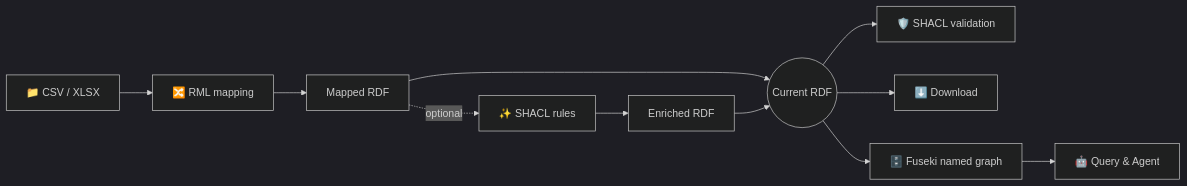
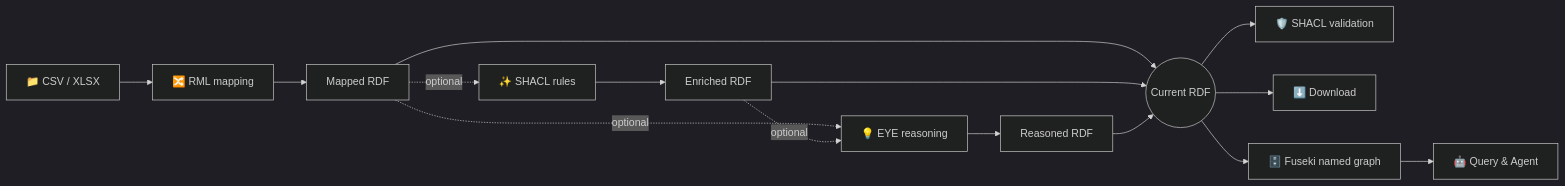
Before and after one commit to ShehabEldeenAyman/Generic-Dashboard-System: the diagram in README.md, drawn with Mermaid (dark theme). The commit also changed other lines of this file and 31 other files, not shown here.

First line of the commit message:
Add EYE N3 reasoning workspace with examples

````diff
--- a/README.md
+++ b/README.md
@@ -50,13 +54,17 @@
 ```mermaid
 flowchart LR
     A["📁 CSV / XLSX"] --> B["🔀 RML mapping"]
     B --> R["Mapped RDF"]
     R -. optional .-> S["✨ SHACL rules"]
     S --> E["Enriched RDF"]
+    R -. optional .-> N["💡 EYE reasoning"]
+    E -. optional .-> N
+    N --> X["Reasoned RDF"]
     R --> C(("Current RDF"))
     E --> C
+    X --> C
     C --> V["🛡️ SHACL validation"]
     C --> D["⬇️ Download"]
     C --> F["🗄️ Fuseki named graph"]
     F --> Q["🤖 Query & Agent"]
 ```
````
